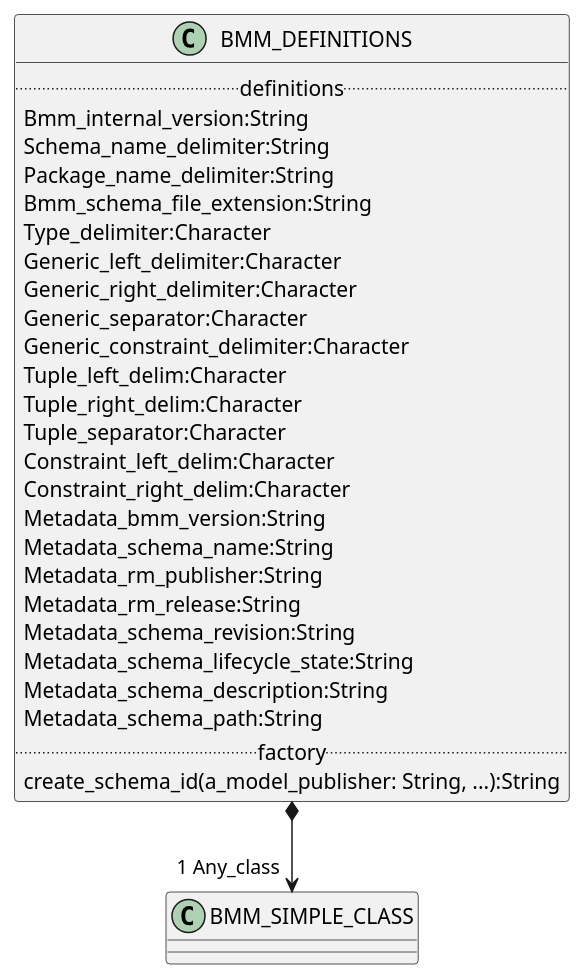
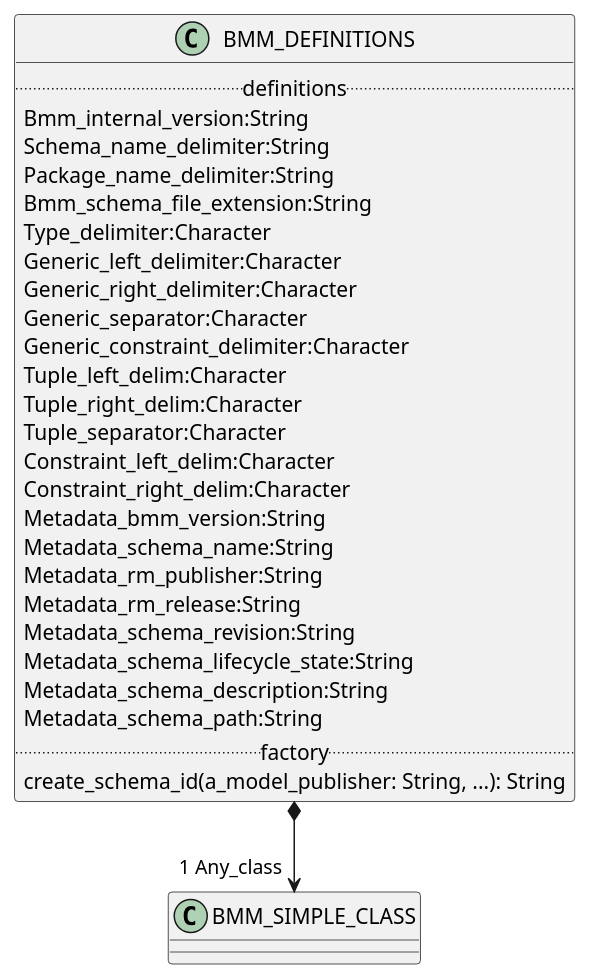
The diagram in modules/ROOT/examples/bmm/languages/bmm/definitions/definitions-package-uml.adoc (wolandscat/openehr-doc), drawn with PlantUML before and after one commit. The commit also changed 293 other files, not shown here.

Commit message:
Regen with tweaks to UML output and correct metatypes for nested generics.

```diff
--- a/modules/ROOT/examples/bmm/languages/bmm/definitions/definitions-package-uml.adoc
+++ b/modules/ROOT/examples/bmm/languages/bmm/definitions/definitions-package-uml.adoc
@@ -3,38 +3,38 @@
 [plantuml,opts=interactive,link=self]
 ....
 skinparam groupInheritance 2
 skinparam citedClassColor #FDFDFD
 
 
 class BMM_DEFINITIONS [[/openehr-doc/latest/languages/bmm-gen.html#_class_bmm_definitions]] {
         .. definitions ..
         Bmm_internal_version:String
         Schema_name_delimiter:String
         Package_name_delimiter:String
         Bmm_schema_file_extension:String
         Type_delimiter:Character
         Generic_left_delimiter:Character
         Generic_right_delimiter:Character
         Generic_separator:Character
         Generic_constraint_delimiter:Character
         Tuple_left_delim:Character
         Tuple_right_delim:Character
         Tuple_separator:Character
         Constraint_left_delim:Character
         Constraint_right_delim:Character
         Metadata_bmm_version:String
         Metadata_schema_name:String
         Metadata_rm_publisher:String
         Metadata_rm_release:String
         Metadata_schema_revision:String
         Metadata_schema_lifecycle_state:String
         Metadata_schema_description:String
         Metadata_schema_path:String
         .. factory ..
-        create_schema_id(a_model_publisher: String, ...):String
+        create_schema_id(a_model_publisher: String, ...): String
 }
 
 
 BMM_DEFINITIONS *--> "1 Any_class" BMM_SIMPLE_CLASS
 
 ....
```
